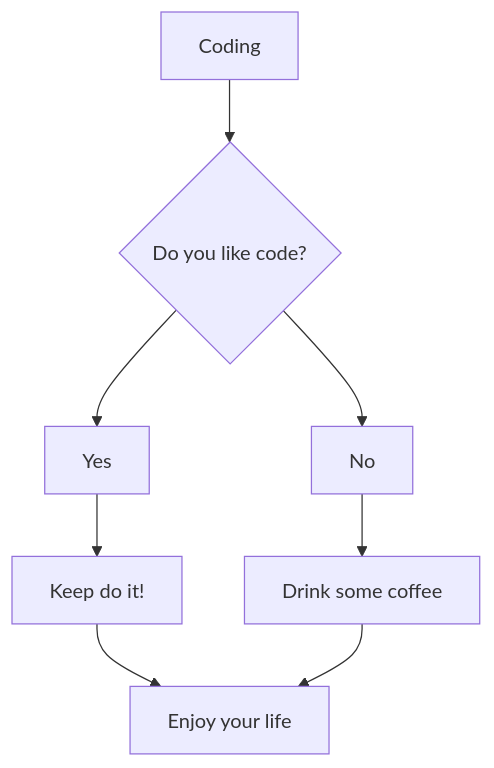
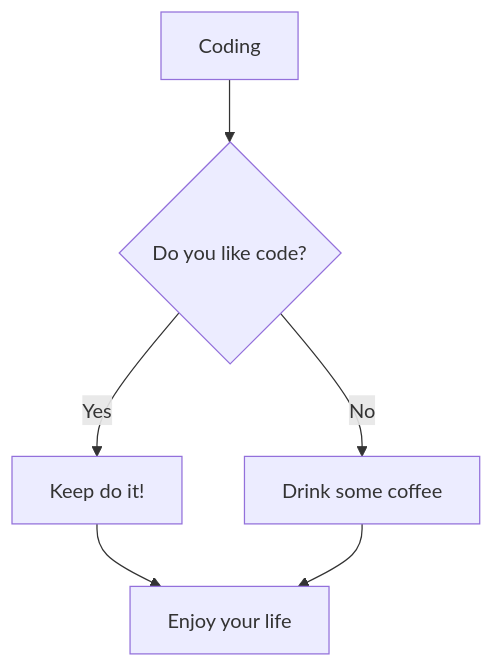
Before and after one commit to NeverDieOne/neverdieone: the diagram in README.md, drawn with Mermaid.

````diff
--- a/README.md
+++ b/README.md
@@ -15,8 +15,8 @@
 ```mermaid
 flowchart TD
     A[Coding] --> B{Do you like code?};
-    B --> Yes --> C[Keep do it!];
-    B --> No --> D[Drink some coffee];
+    B -- Yes --> C[Keep do it!];
+    B -- No --> D[Drink some coffee];
     C --> E[Enjoy your life];
     D --> E[Enjoy your life];
 ```
````
